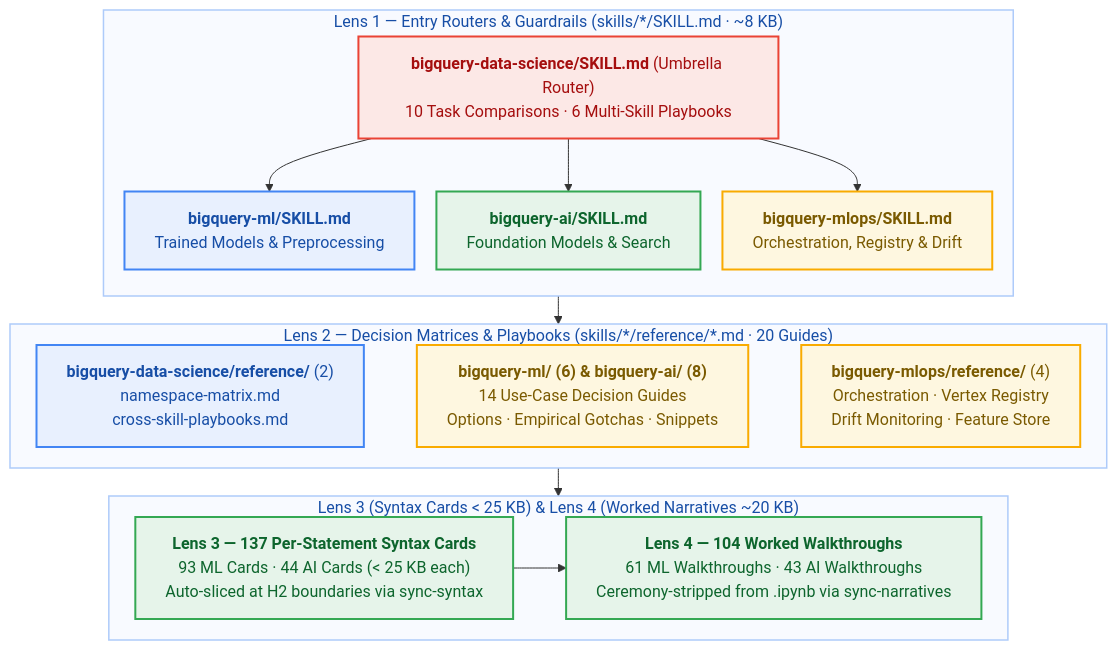
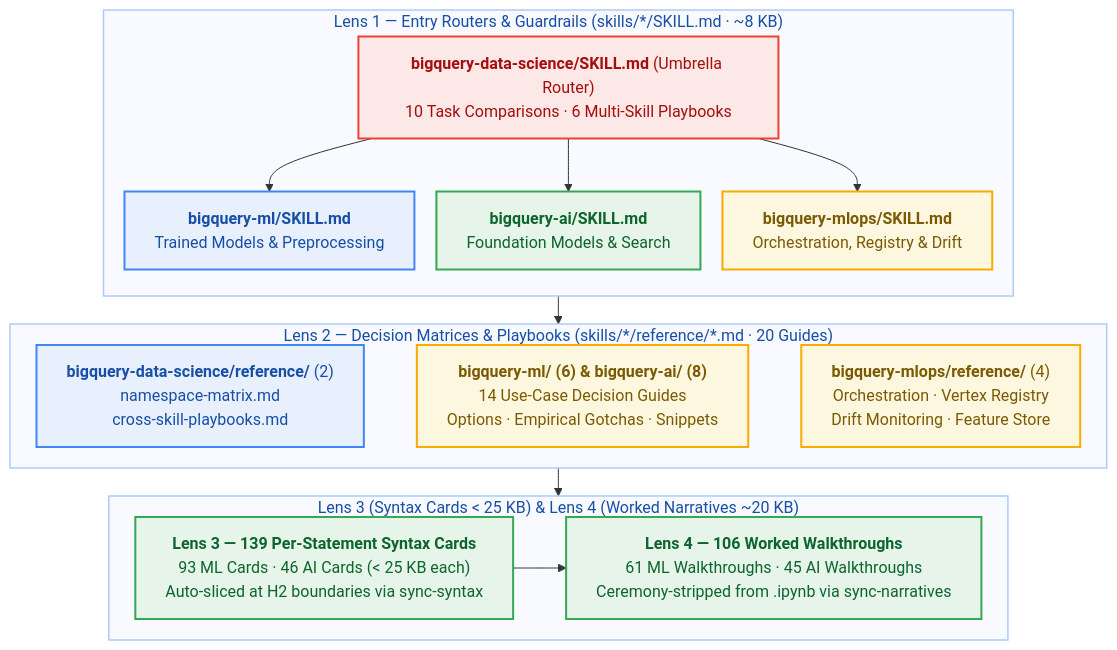
Before and after one commit to statmike/bigquery-data-science: the diagram in skills/PLANS.md, drawn with Mermaid. The commit also changed other lines of this file and 147 other files, not shown here.

````diff
--- a/skills/PLANS.md
+++ b/skills/PLANS.md
@@ -16,44 +16,44 @@
 ```mermaid
 %%{init: {'flowchart': {'wrappingWidth': 360, 'nodeSpacing': 22, 'rankSpacing': 28}}}%%
 flowchart TD
     subgraph L1["Lens 1 — Entry Routers & Guardrails (skills/*/SKILL.md · ~8 KB)"]
         direction TB
         L1_Router["<b>bigquery-data-science/SKILL.md</b> (Umbrella Router)<br/>10 Task Comparisons · 6 Multi-Skill Playbooks"]
         L1_ML["<b>bigquery-ml/SKILL.md</b><br/>Trained Models &amp; Preprocessing"]
         L1_AI["<b>bigquery-ai/SKILL.md</b><br/>Foundation Models &amp; Search"]
         L1_MLOPS["<b>bigquery-mlops/SKILL.md</b><br/>Orchestration, Registry &amp; Drift"]
         L1_Router --> L1_ML
         L1_Router --> L1_AI
         L1_Router --> L1_MLOPS
     end
 
     subgraph L2["Lens 2 — Decision Matrices & Playbooks (skills/*/reference/*.md · 20 Guides)"]
         direction LR
         L2_DS["<b>bigquery-data-science/reference/</b> (2)<br/>namespace-matrix.md<br/>cross-skill-playbooks.md"]
         L2_MLAI["<b>bigquery-ml/ (6) &amp; bigquery-ai/ (8)</b><br/>14 Use-Case Decision Guides<br/>Options · Empirical Gotchas · Snippets"]
         L2_OPS["<b>bigquery-mlops/reference/</b> (4)<br/>Orchestration · Vertex Registry<br/>Drift Monitoring · Feature Store"]
         L2_DS ~~~ L2_MLAI ~~~ L2_OPS
     end
 
     subgraph L34["Lens 3 (Syntax Cards < 25 KB) & Lens 4 (Worked Narratives ~20 KB)"]
         direction LR
-        L3["<b>Lens 3 — 137 Per-Statement Syntax Cards</b><br/>93 ML Cards · 44 AI Cards (&lt; 25 KB each)<br/>Auto-sliced at H2 boundaries via sync-syntax"]
-        L4["<b>Lens 4 — 104 Worked Walkthroughs</b><br/>61 ML Walkthroughs · 43 AI Walkthroughs<br/>Ceremony-stripped from .ipynb via sync-narratives"]
+        L3["<b>Lens 3 — 139 Per-Statement Syntax Cards</b><br/>93 ML Cards · 46 AI Cards (&lt; 25 KB each)<br/>Auto-sliced at H2 boundaries via sync-syntax"]
+        L4["<b>Lens 4 — 106 Worked Walkthroughs</b><br/>61 ML Walkthroughs · 45 AI Walkthroughs<br/>Ceremony-stripped from .ipynb via sync-narratives"]
         L3 --> L4
     end
 
     L1 --> L2 --> L34
 
     style L1 fill:#F8FAFF,stroke:#AECBFA,stroke-width:1.5px,color:#174EA6
     style L2 fill:#F8FAFF,stroke:#AECBFA,stroke-width:1.5px,color:#174EA6
     style L34 fill:#F8FAFF,stroke:#AECBFA,stroke-width:1.5px,color:#174EA6
 
     classDef data fill:#E8F0FE,stroke:#4285F4,stroke-width:2px,color:#174EA6
     classDef config fill:#FEF7E0,stroke:#F9AB00,stroke-width:2px,color:#7A5A00
     classDef route fill:#FCE8E6,stroke:#EA4335,stroke-width:2px,color:#A50E0E
     classDef compute fill:#E6F4EA,stroke:#34A853,stroke-width:2px,color:#0D652D
     class L1_Router route
     class L1_ML,L2_DS data
     class L1_AI,L3,L4 compute
     class L1_MLOPS,L2_MLAI,L2_OPS config
 ```
````
